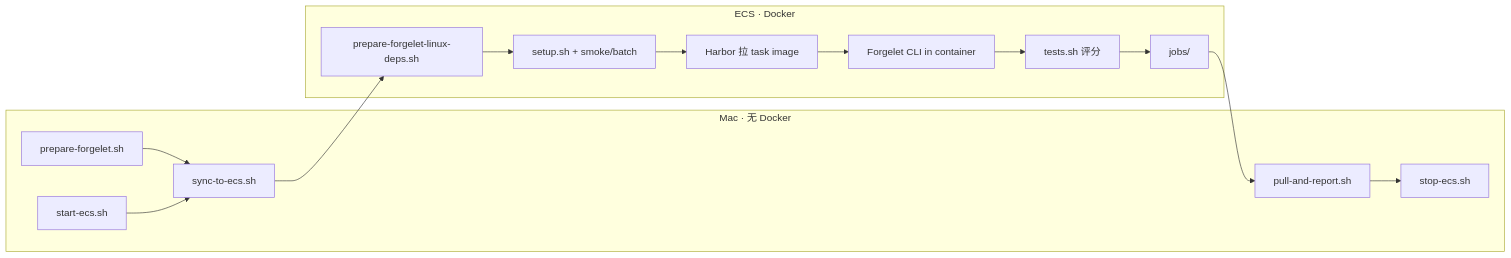
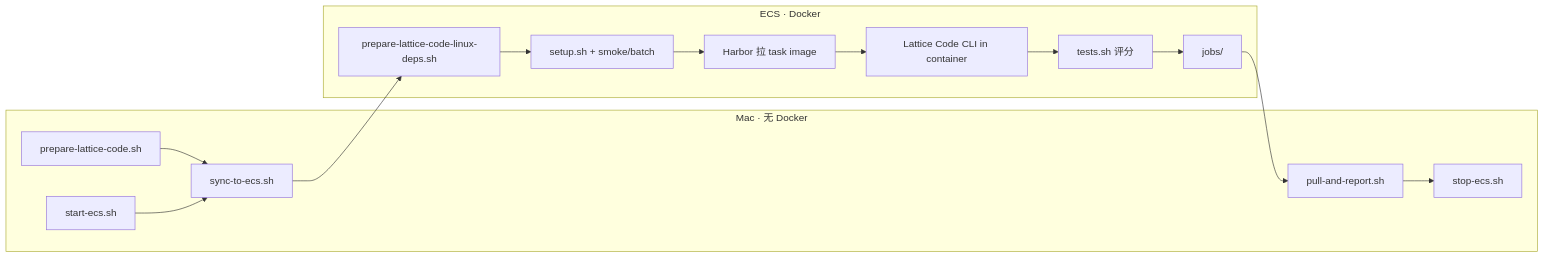
The diagram in packages/harness/eval/terminal-bench/WORKFLOW.md (rikkiwang1224/coding-agent-chat-oss), drawn with Mermaid before and after one commit. The commit also changed other lines of this file and 142 other files, not shown here.

First line of the commit message:
Rebrand Forgelet to Lattice Code across the monorepo.

````diff
--- a/packages/harness/eval/terminal-bench/WORKFLOW.md
+++ b/packages/harness/eval/terminal-bench/WORKFLOW.md
@@ -18,24 +18,24 @@
 ```mermaid
 flowchart LR
   subgraph mac [Mac · 无 Docker]
     A0[start-ecs.sh]
-    P[prepare-forgelet.sh]
+    P[prepare-lattice-code.sh]
     S[sync-to-ecs.sh]
     R[pull-and-report.sh]
     A7[stop-ecs.sh]
     P --> S
     A0 --> S
     R --> A7
   end
   subgraph ecs [ECS · Docker]
-    D[prepare-forgelet-linux-deps.sh]
+    D[prepare-lattice-code-linux-deps.sh]
     B[setup.sh + smoke/batch]
     B --> H[Harbor 拉 task image]
-    H --> A[Forgelet CLI in container]
+    H --> A[Lattice Code CLI in container]
     A --> V[tests.sh 评分]
     V --> J[jobs/]
   end
   S --> D
   D --> B
   J --> R
 ```
````
